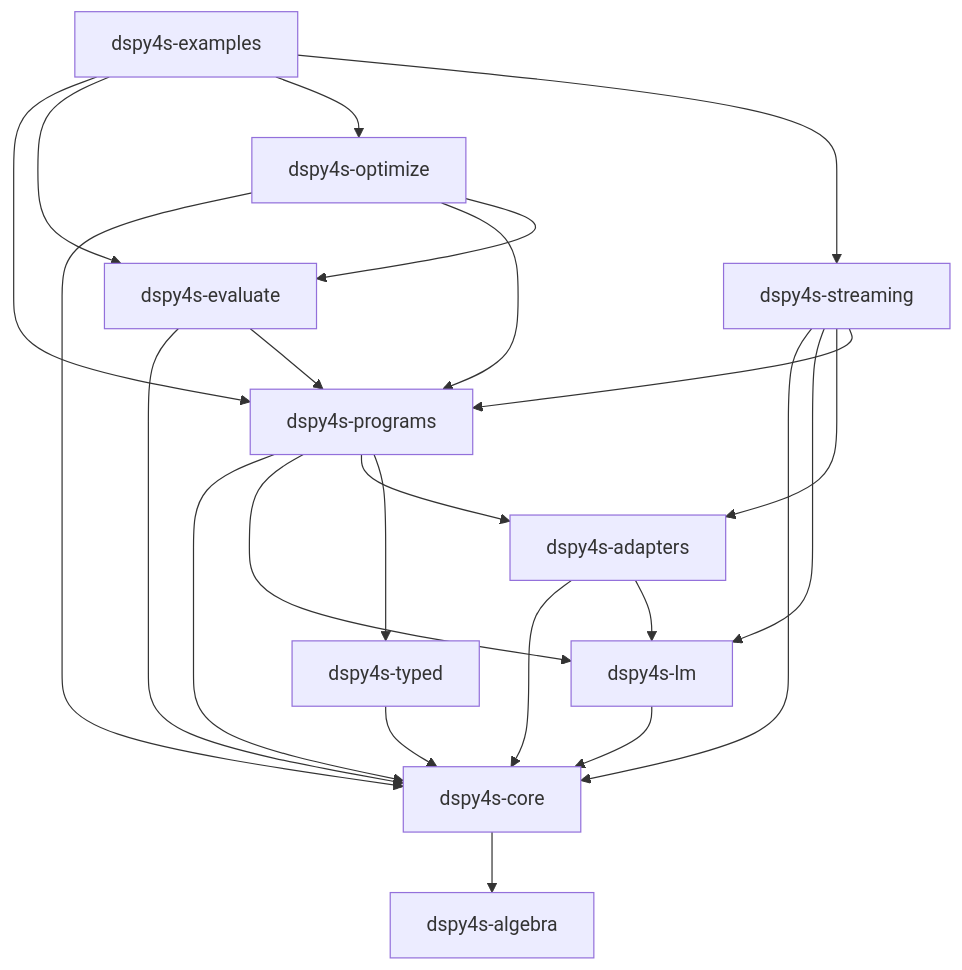
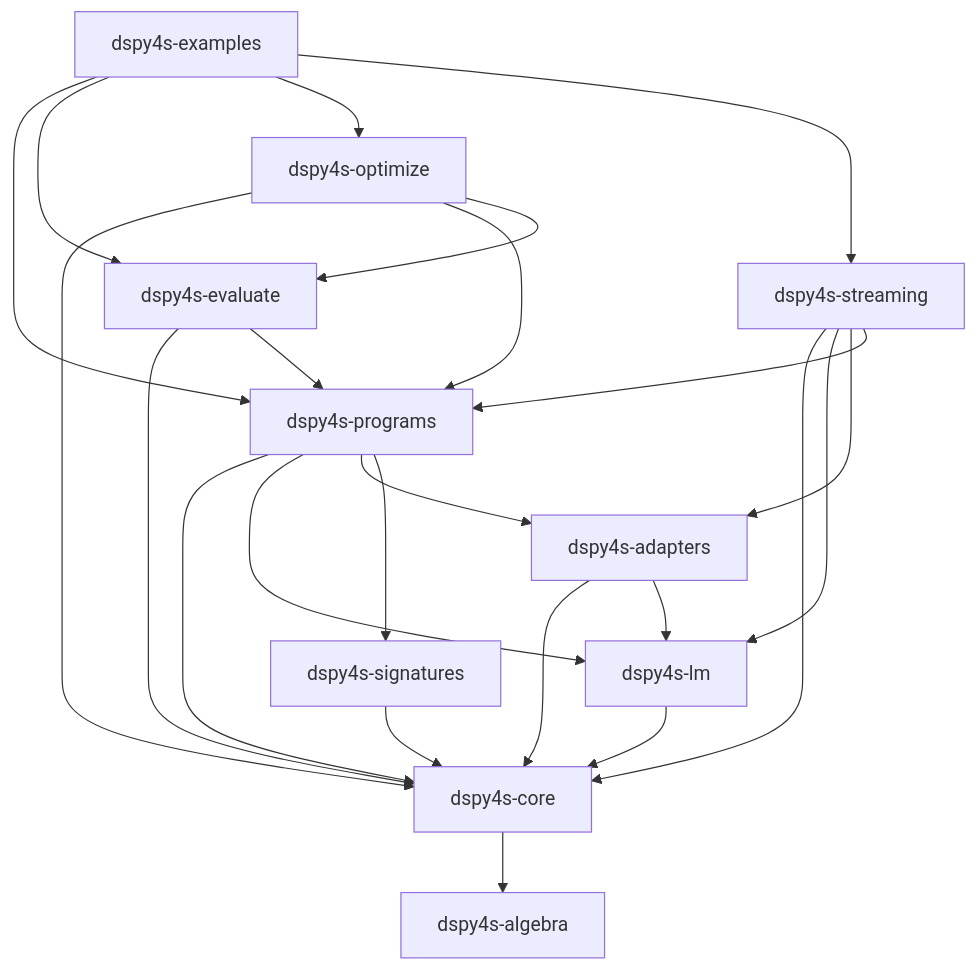
The diagram in docs/ARCHITECTURE.md (jpablo/dspy4s), drawn with Mermaid before and after one commit. The commit also changed other lines of this file and 171 other files, not shown here.

Commit message:
refactor: rename typed module to signatures

````diff
--- a/docs/ARCHITECTURE.md
+++ b/docs/ARCHITECTURE.md
@@ -17,36 +17,36 @@
 ```mermaid
 graph TD
   algebra[dspy4s-algebra]
   core[dspy4s-core]
-  typed[dspy4s-typed]
+  signatures[dspy4s-signatures]
   lm[dspy4s-lm]
   adapters[dspy4s-adapters]
   programs[dspy4s-programs]
   evaluate[dspy4s-evaluate]
   optimize[dspy4s-optimize]
   streaming[dspy4s-streaming]
   examples[dspy4s-examples]
 
   core --> algebra
-  typed --> core
+  signatures --> core
   lm --> core
   adapters --> core
   adapters --> lm
   programs --> core
   programs --> lm
   programs --> adapters
-  programs --> typed
+  programs --> signatures
   evaluate --> core
   evaluate --> programs
   optimize --> core
   optimize --> programs
   optimize --> evaluate
   streaming --> core
   streaming --> lm
   streaming --> adapters
   streaming --> programs
   examples --> programs
   examples --> evaluate
   examples --> optimize
   examples --> streaming
 ```
````
